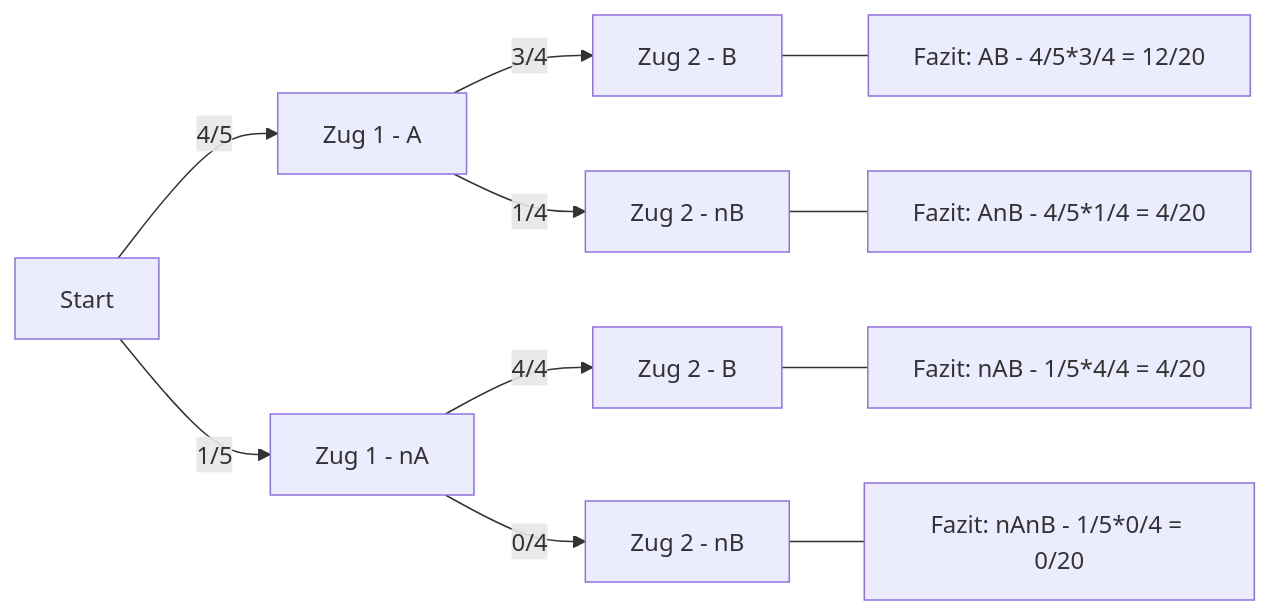
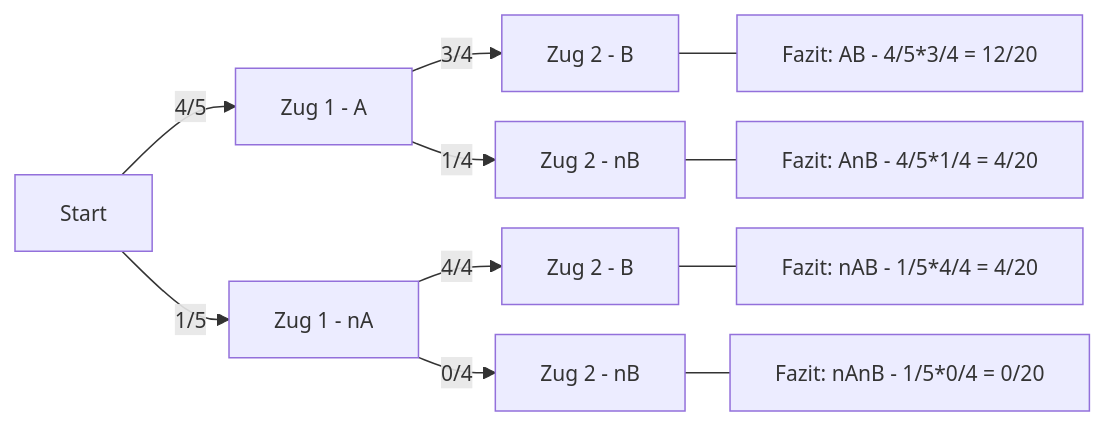
One commit to sebastiansauer/start-bayes changed the third of 5 diagrams in 0350-wskt2.qmd. Above: the diagram before and after it, drawn with Mermaid. The commit also changed other lines of this file and 1 other file, not shown here.

Commit message:
fix: Mermaid-Diagramme (Abb. 4.21, 5.8, 5.10) verkleinern
Abb. 4.21 (fig-zv) hatte keine fig-width und wurde dadurch im
HTML-Export viel zu groß und mit überdimensionierter Schrift
dargestellt. Abb. 5.8 (fig-baum-abh) und 5.10 (fig-tot-wskt) hatten
bereits fig-width gesetzt, aber ohne Font-Size-Korrektur blieb die
Schrift im Vergleich zum Fließtext viel zu groß.

Nutzt das aus den slides/*.qmd bereits bewährte Mermaid-Init-Muster
(themeVariables.fontSize + flowchart-Padding/Spacing), um die
Schriftgröße an den normalen Buchtext anzugleichen.

````diff
--- a/0350-wskt2.qmd
+++ b/0350-wskt2.qmd
@@ -1099,18 +1099,19 @@
 ```{mermaid}
 %%| fig-cap: "Baumdiagramm für ein zweistufiges Zufallsereignis, wobei der 2. Zug (Stufe) abhängig ist vom 1. Zug."
 %%| label: fig-baum-abh
 %%| fig-width: 4.5
+%%{init: {'themeVariables': {'fontSize': '14px'}, 'flowchart': {'diagramPadding': 10, 'nodeSpacing': 20, 'rankSpacing': 30}}}%%
 flowchart LR
   A[Start] -->|4/5|B[Zug 1 - A]
   A -->|1/5|C[Zug 1 - nA]
   B -->|3/4|D[Zug 2 - B]
   B -->|1/4|E[Zug 2 -  nB]
   D --- H[Fazit: AB - 4/5*3/4 = 12/20]
   E --- I[Fazit: AnB - 4/5*1/4 = 4/20]
   C -->|4/4|F[Zug 2 - B]
   C -->|0/4|G[Zug 2 - nB]
   F --- J[Fazit: nAB - 1/5*4/4 = 4/20]
   G --- K[Fazit: nAnB - 1/5*0/4 = 0/20]
   
   
 ```
````
